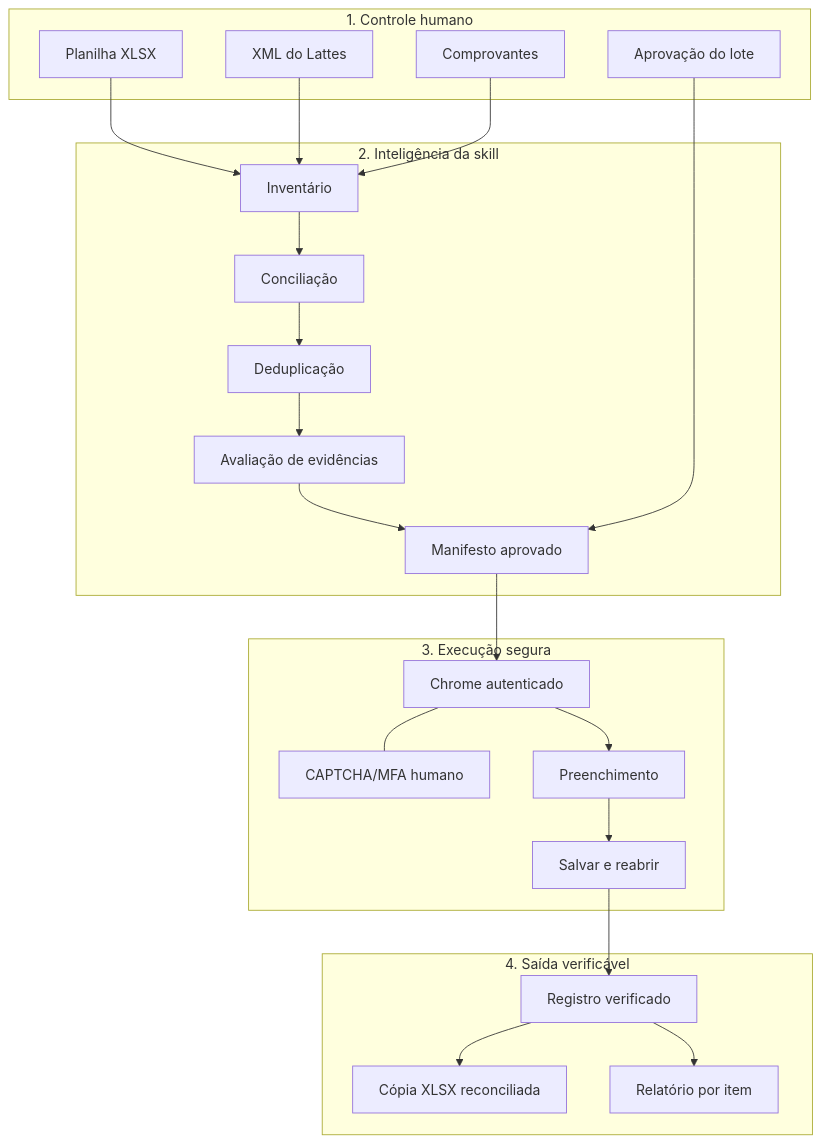
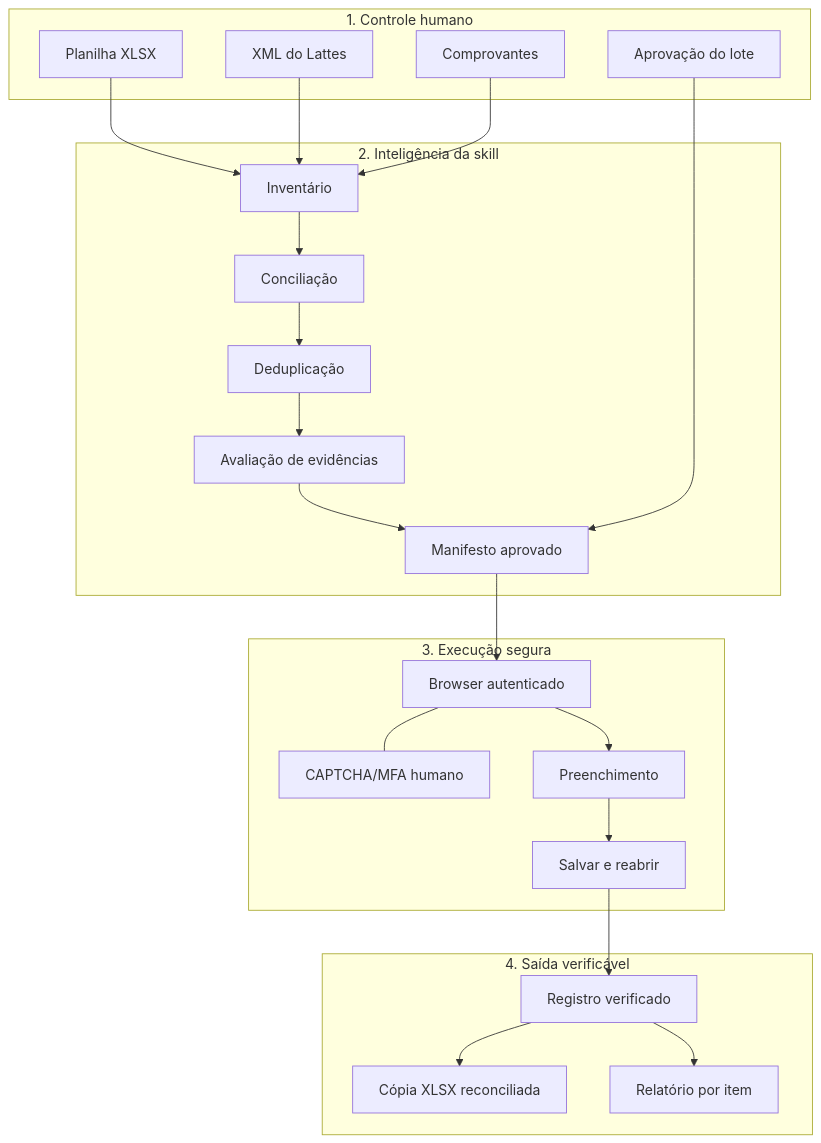
One commit to cleybersilva/skill-lattes changed the first of 3 diagrams in README.md. Above: the diagram before and after it, drawn with Mermaid. The commit also changed other lines of this file, not shown here.

Commit message:
Document multi-browser architecture across README

````diff
--- a/README.md
+++ b/README.md
@@ -87,32 +87,32 @@
 ```mermaid
 flowchart TB
   subgraph Controle["1. Controle humano"]
     P[Planilha XLSX]
     X[XML do Lattes]
     E[Comprovantes]
     A[Aprovação do lote]
   end
   subgraph IA["2. Inteligência da skill"]
     I[Inventário]
     C[Conciliação]
     D[Deduplicação]
     V[Avaliação de evidências]
     M[Manifesto aprovado]
   end
   subgraph Navegador["3. Execução segura"]
-    B[Chrome autenticado]
+    B[Browser autenticado]
     CAP[CAPTCHA/MFA humano]
     F[Preenchimento]
     S[Salvar e reabrir]
   end
   subgraph Saida["4. Saída verificável"]
     R[Registro verificado]
     W[Cópia XLSX reconciliada]
     O[Relatório por item]
   end
   P & X & E --> I --> C --> D --> V --> M
   A --> M
   M --> B --> F --> S
   B --- CAP
   S --> R --> W & O
 ```
````
